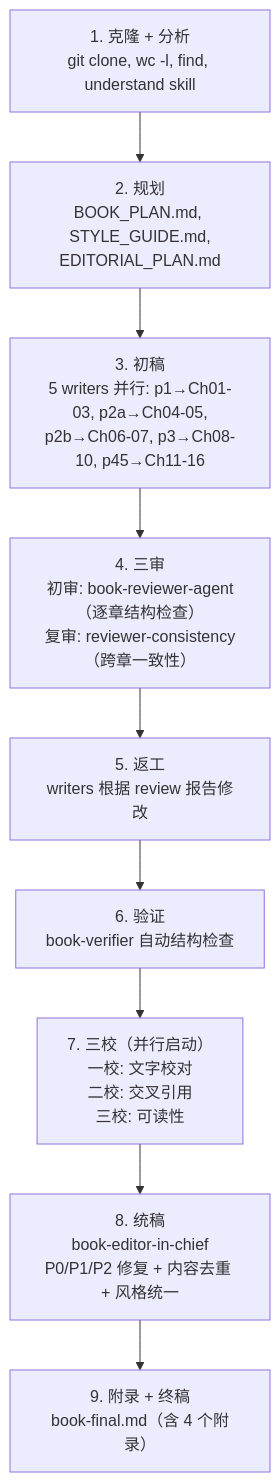
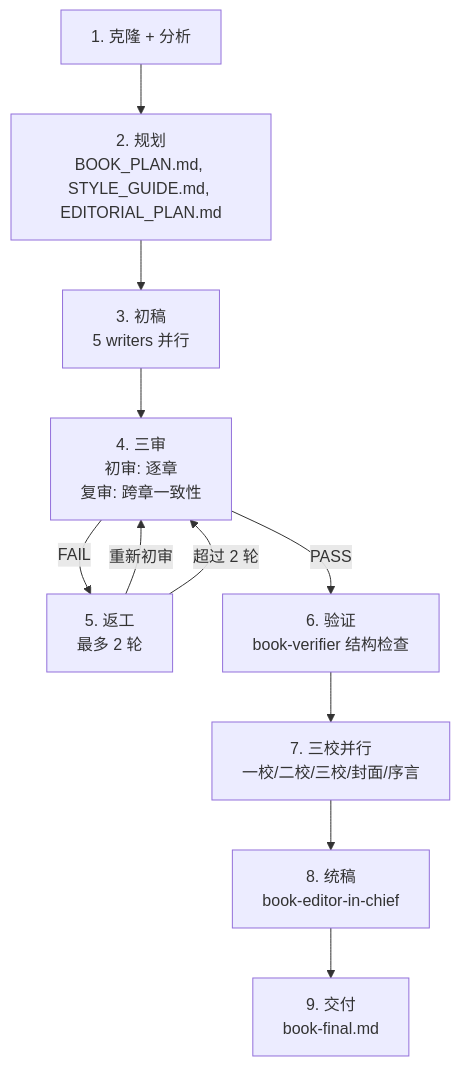
One commit to AngusFu/tech-insider changed the diagram in README.md. Above: the diagram before and after it, drawn with Mermaid. The commit also changed other lines of this file and 4 other files, not shown here.

First line of the commit message:
Refactor plugin architecture based on full review

````diff
--- a/README.md
+++ b/README.md
@@ -80,14 +89,19 @@
 ```mermaid
 flowchart TD
-    S1["1. 克隆 + 分析<br/>git clone, wc -l, find, understand skill"]
-    S2["2. 规划<br/>BOOK_PLAN.md, STYLE_GUIDE.md,<br/>EDITORIAL_PLAN.md"]
-    S3["3. 初稿<br/>5 writers 并行: p1→Ch01-03, p2a→Ch04-05,<br/>p2b→Ch06-07, p3→Ch08-10, p45→Ch11-16"]
-    S4["4. 三审<br/>初审: book-reviewer-agent（逐章结构检查）<br/>复审: reviewer-consistency（跨章一致性）"]
-    S5["5. 返工<br/>writers 根据 review 报告修改"]
-    S6["6. 验证<br/>book-verifier 自动结构检查"]
-    S7["7. 三校（并行启动）<br/>一校: 文字校对<br/>二校: 交叉引用<br/>三校: 可读性"]
-    S8["8. 统稿<br/>book-editor-in-chief<br/>P0/P1/P2 修复 + 内容去重 + 风格统一"]
-    S9["9. 附录 + 终稿<br/>book-final.md（含 4 个附录）"]
+    S1["1. 克隆 + 分析"]
+    S2["2. 规划<br/>BOOK_PLAN.md, STYLE_GUIDE.md, EDITORIAL_PLAN.md"]
+    S3["3. 初稿<br/>5 writers 并行"]
+    S4["4. 三审<br/>初审: 逐章<br/>复审: 跨章一致性"]
+    S5["5. 返工<br/>最多 2 轮"]
+    S6["6. 验证<br/>book-verifier 结构检查"]
+    S7["7. 三校并行<br/>一校/二校/三校/封面/序言"]
+    S8["8. 统稿<br/>book-editor-in-chief"]
+    S9["9. 交付<br/>book-final.md"]
 
-    S1 --> S2 --> S3 --> S4 --> S5 --> S6 --> S7 --> S8 --> S9
+    S1 --> S2 --> S3 --> S4
+    S4 -->|FAIL| S5
+    S4 -->|PASS| S6
+    S5 -->|重新初审| S4
+    S5 -->|超过 2 轮| S4
+    S6 --> S7 --> S8 --> S9
 ```
````
